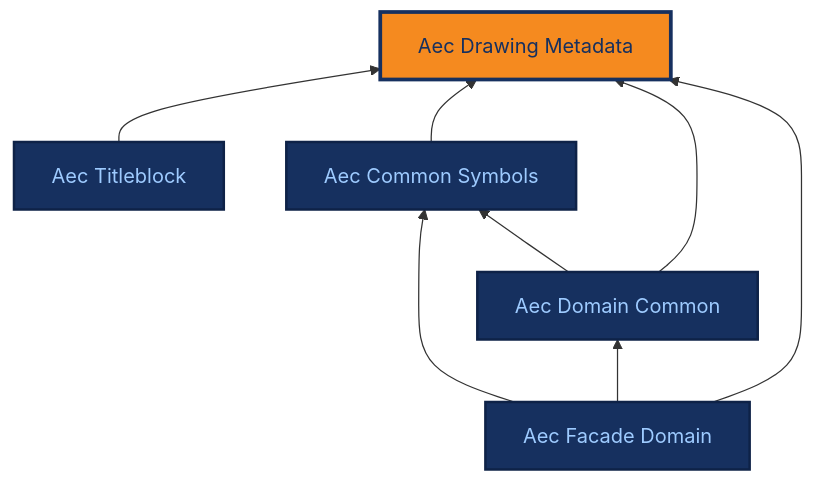
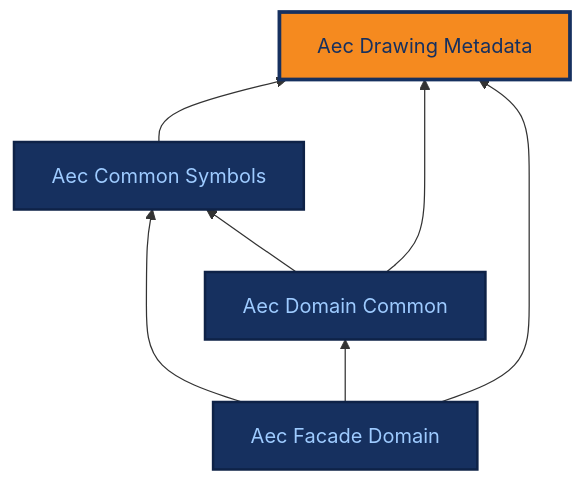
One commit to BuroHappoldMachineLearning/ADIRO changed the diagram in docs/ontologies/aec_drawing_metadata.md. Above: the diagram before and after it, drawn with Mermaid. The commit also changed 22 other files, not shown here.

First line of the commit message:
refactor: delete the aec_titleblock module; trim the PR to what it needs

````diff
--- a/docs/ontologies/aec_drawing_metadata.md
+++ b/docs/ontologies/aec_drawing_metadata.md
@@ -16,20 +16,18 @@
 ```mermaid
 %%{init: {"themeCSS": ".base .nodeLabel,.base .nodeLabel p,.base text,.base tspan{fill:#9ecbff !important;color:#9ecbff !important}.current .nodeLabel,.current .nodeLabel p,.current text,.current tspan{fill:#16305f !important;color:#16305f !important}"} }%%
 graph BT
     aec_drawing_metadata["Aec Drawing Metadata"]
-    aec_titleblock["Aec Titleblock"]
     aec_common_symbols["Aec Common Symbols"]
     aec_domain_common["Aec Domain Common"]
     aec_facade_domain["Aec Facade Domain"]
-    aec_titleblock --> aec_drawing_metadata
     aec_common_symbols --> aec_drawing_metadata
     aec_domain_common --> aec_common_symbols
     aec_domain_common --> aec_drawing_metadata
     aec_facade_domain --> aec_common_symbols
     aec_facade_domain --> aec_domain_common
     aec_facade_domain --> aec_drawing_metadata
     classDef base fill:#16305f,stroke:#0e2247,stroke-width:2px,color:#9ecbff;
-    class aec_titleblock,aec_common_symbols,aec_domain_common,aec_facade_domain base;
+    class aec_common_symbols,aec_domain_common,aec_facade_domain base;
     classDef current fill:#f58a1f,stroke:#16305f,stroke-width:3px,color:#16305f;
     class aec_drawing_metadata current;
 ```
````
